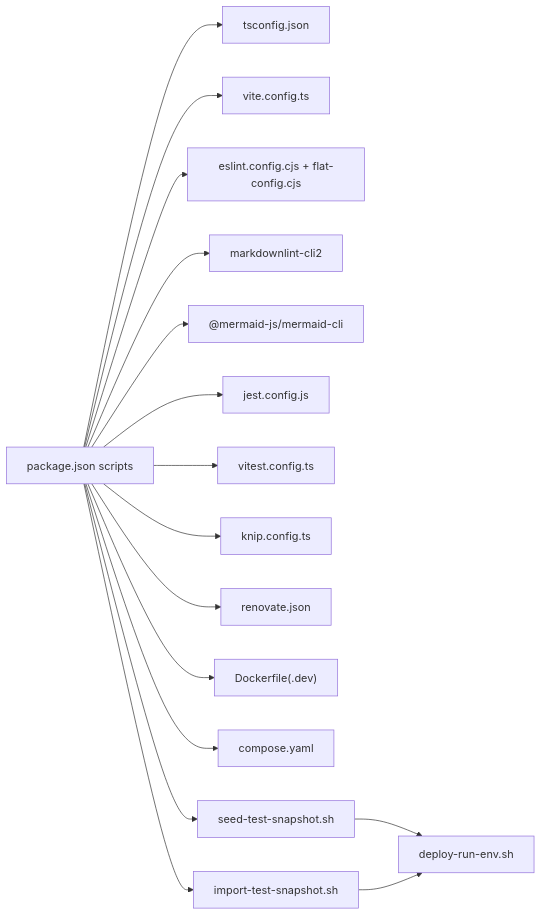
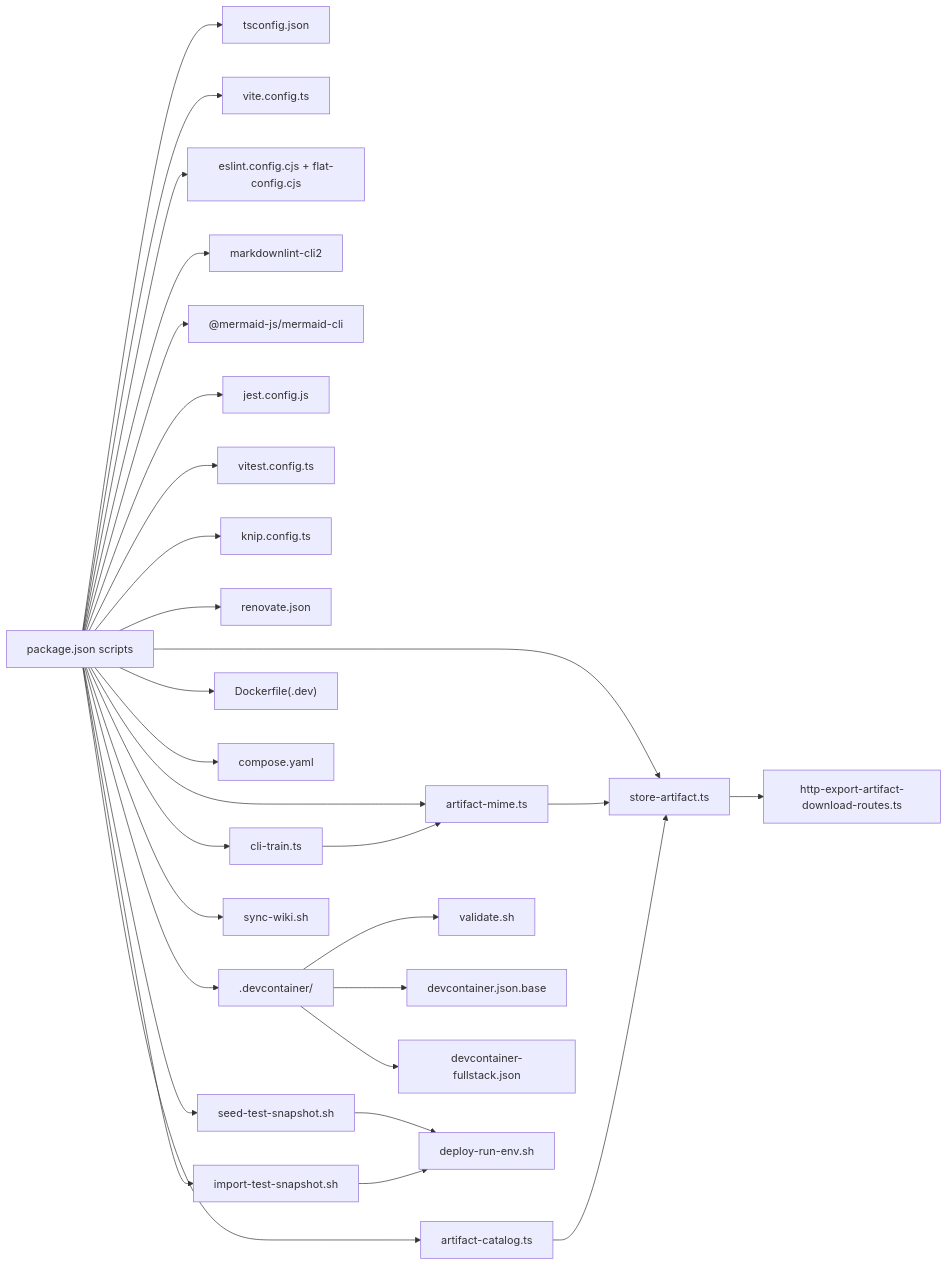
Before and after one commit to debian777/kairos-mcp: diagram 16 of 16 in .qoder/repowiki/en/content/Development Tools/Development Tools.md, drawn with Mermaid. The commit also changed other lines of this file and 16 other files, not shown here.

````diff
--- a/.qoder/repowiki/en/content/Development Tools/Development Tools.md
+++ b/.qoder/repowiki/en/content/Development Tools/Development Tools.md
@@ -633,18 +934,31 @@
 ```mermaid
 graph LR
 Pkg["package.json scripts"] --> TS["tsconfig.json"]
 Pkg --> Vite["vite.config.ts"]
 Pkg --> ESL["eslint.config.cjs + flat-config.cjs"]
 Pkg --> MDL["markdownlint-cli2"]
 Pkg --> Mermaid["@mermaid-js/mermaid-cli"]
 Pkg --> Jest["jest.config.js"]
 Pkg --> Vitest["vitest.config.ts"]
 Pkg --> Knip["knip.config.ts"]
 Pkg --> Ren["renovate.json"]
+Pkg --> DevContainer[".devcontainer/"]
 Pkg --> Docker["Dockerfile(.dev)"]
 Pkg --> Compose["compose.yaml"]
 Pkg --> SeedSnap["seed-test-snapshot.sh"]
 Pkg --> ImportSnap["import-test-snapshot.sh"]
+Pkg --> SyncWiki["sync-wiki.sh"]
+Pkg --> ArtifactCLI["cli-train.ts"]
+Pkg --> ArtifactMime["artifact-mime.ts"]
+Pkg --> ArtifactCatalog["artifact-catalog.ts"]
+Pkg --> ArtifactStore["store-artifact.ts"]
+DevContainer --> Validate["validate.sh"]
+DevContainer --> Simple["devcontainer.json.base"]
+DevContainer --> Fullstack["devcontainer-fullstack.json"]
 SeedSnap --> DeployEnv["deploy-run-env.sh"]
 ImportSnap --> DeployEnv
+ArtifactCLI --> ArtifactMime
+ArtifactMime --> ArtifactStore
+ArtifactCatalog --> ArtifactStore
+ArtifactStore --> ArtifactExport["http-export-artifact-download-routes.ts"]
 ```
````
